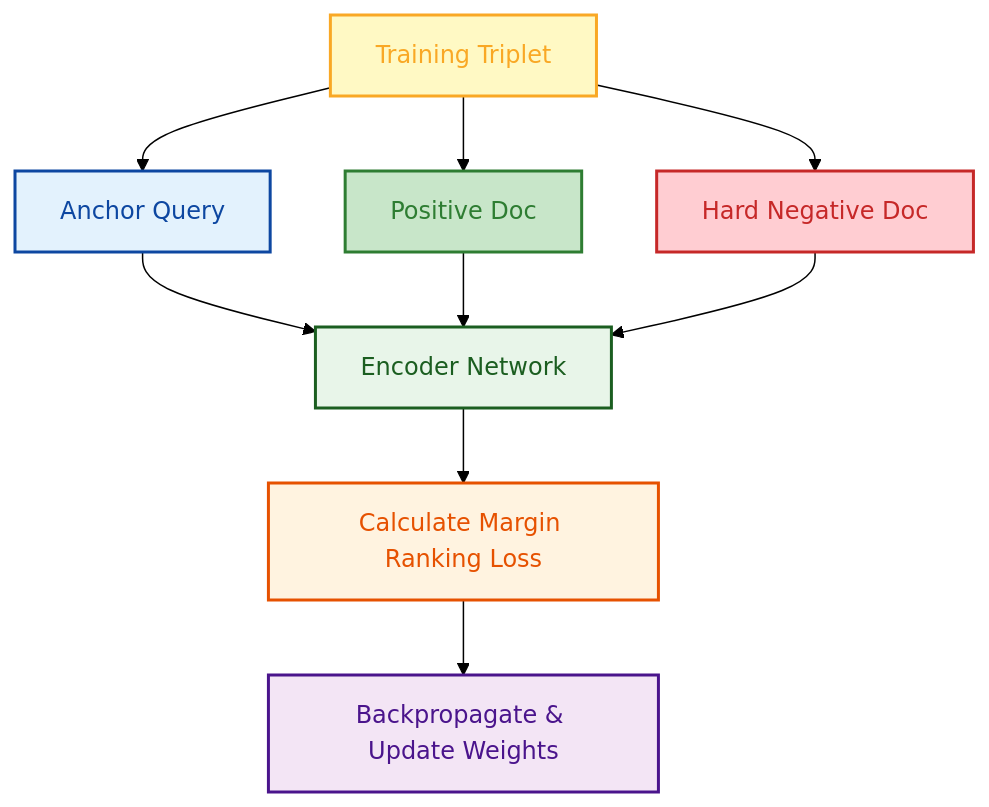
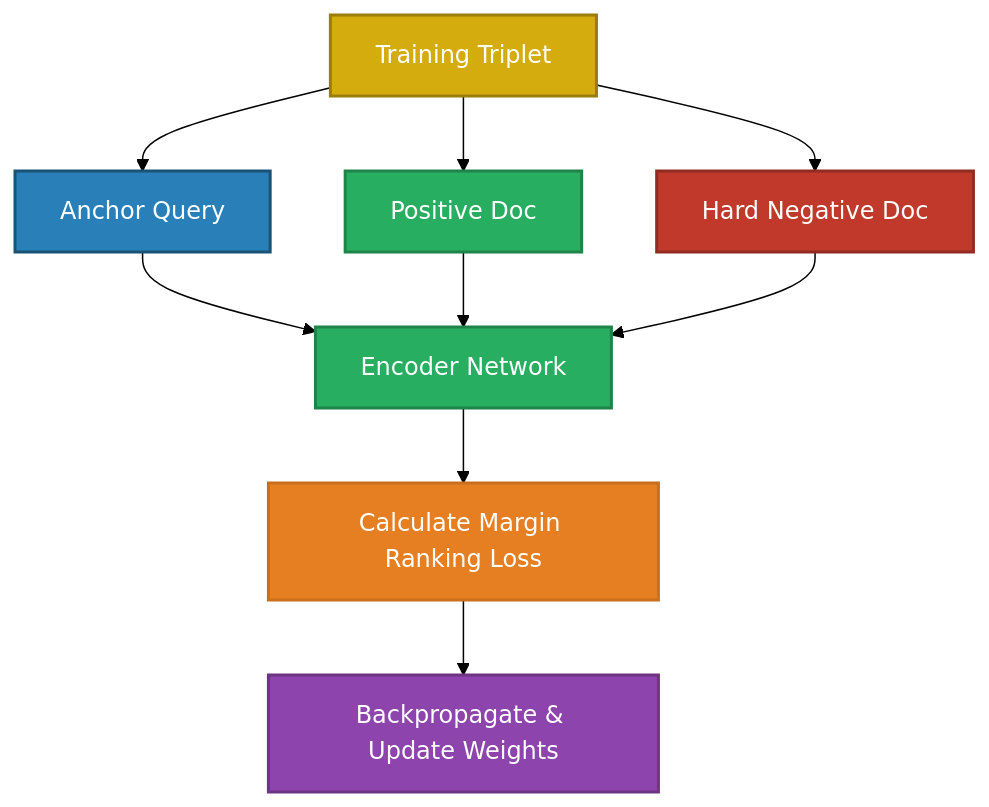
The third of 3 diagrams in docs/04-embeddings/README.md (GyanendraChaubey/AI-Engineering-Notes), drawn with Mermaid (forest theme) before and after one commit. The commit also changed other lines of this file and 15 other files, not shown here.

Commit message:
style: replace all Mermaid diagram colors with saturated palette + white text for dark mode compatibility (321 changes across 16 files)

````diff
--- a/docs/04-embeddings/README.md
+++ b/docs/04-embeddings/README.md
@@ -198,18 +198,18 @@
 ```mermaid
 flowchart TD
     A[Training Triplet] --> B[Anchor Query]
     A --> C[Positive Doc]
     A --> D[Hard Negative Doc]
     B --> E[Encoder Network]
     C --> E
     D --> E
     E --> F[Calculate Margin Ranking Loss]
     F --> G["Backpropagate & Update Weights"]
-    style A fill:#fff9c4,stroke:#f9a825,stroke-width:2px,color:#f9a825
-    style B fill:#e3f2fd,stroke:#0d47a1,stroke-width:2px,color:#0d47a1
-    style C fill:#c8e6c9,stroke:#2e7d32,stroke-width:2px,color:#2e7d32
-    style D fill:#ffcdd2,stroke:#c62828,stroke-width:2px,color:#c62828
-    style E fill:#e8f5e9,stroke:#1b5e20,stroke-width:2px,color:#1b5e20
-    style F fill:#fff3e0,stroke:#e65100,stroke-width:2px,color:#e65100
-    style G fill:#f3e5f5,stroke:#4a148c,stroke-width:2px,color:#4a148c
+    style A fill:#D4AC0D,stroke:#9A7D0A,stroke-width:2px,color:#FFFFFF
+    style B fill:#2980B9,stroke:#1A5276,stroke-width:2px,color:#FFFFFF
+    style C fill:#27AE60,stroke:#1E8449,stroke-width:2px,color:#FFFFFF
+    style D fill:#C0392B,stroke:#922B21,stroke-width:2px,color:#FFFFFF
+    style E fill:#27AE60,stroke:#1E8449,stroke-width:2px,color:#FFFFFF
+    style F fill:#E67E22,stroke:#CA6F1E,stroke-width:2px,color:#FFFFFF
+    style G fill:#8E44AD,stroke:#6C3483,stroke-width:2px,color:#FFFFFF
 ```
````
